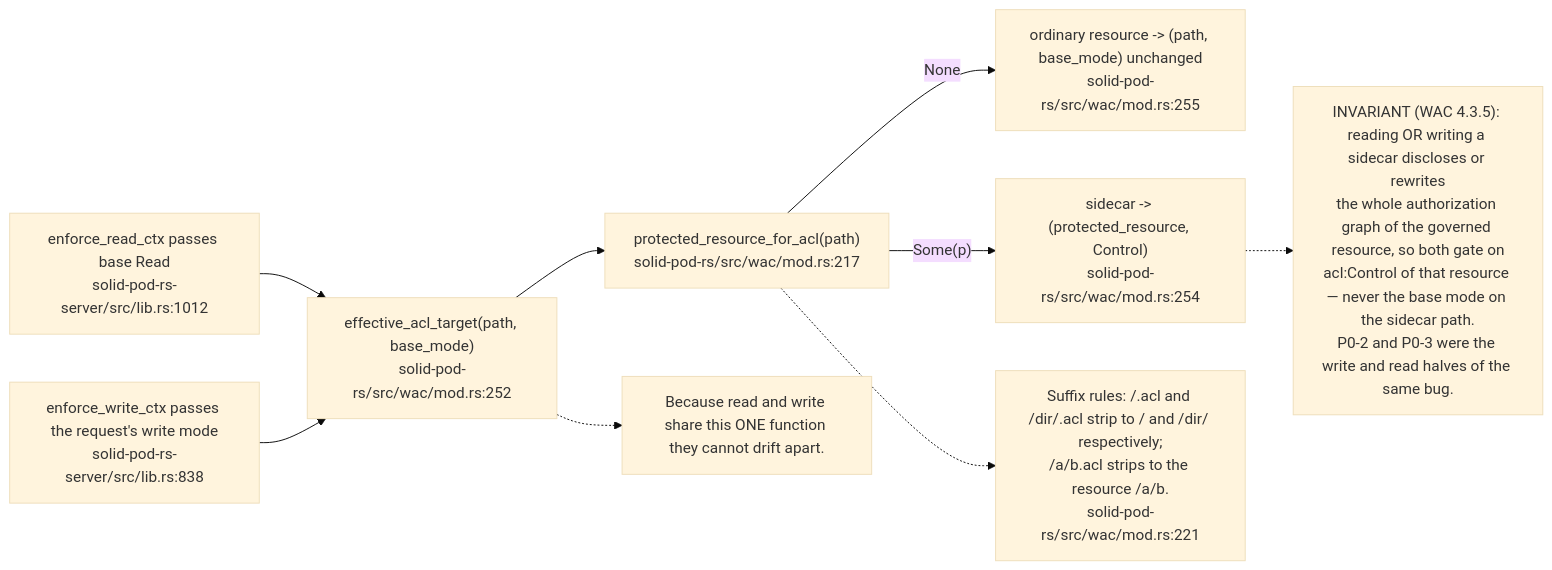
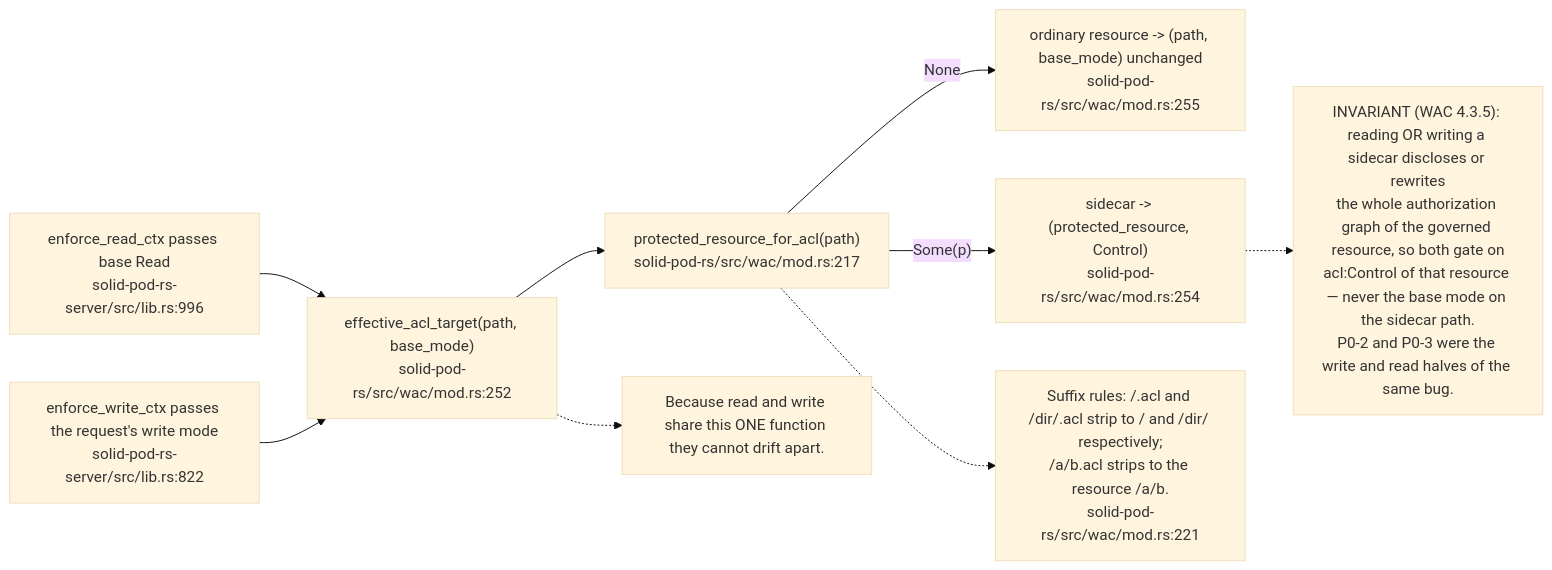
Before and after one commit to DreamLab-AI/VisionFlow: the fifth of 13 diagrams in docs/diagrams/solid-pod-rs/04-wac-authorisation.md, drawn with Mermaid (base theme). The commit also changed other lines of this file and 21 other files, not shown here.

Commit message:
docs(diagrams): refresh first verified estate batch

````diff
--- a/docs/diagrams/solid-pod-rs/04-wac-authorisation.md
+++ b/docs/diagrams/solid-pod-rs/04-wac-authorisation.md
@@ -153,22 +153,22 @@
 ```mermaid
 flowchart LR
     IN["effective_acl_target(path, base_mode)<br/>solid-pod-rs/src/wac/mod.rs:252"]
     PR["protected_resource_for_acl(path)<br/>solid-pod-rs/src/wac/mod.rs:217"]
     ORD["ordinary resource -> (path, base_mode) unchanged<br/>solid-pod-rs/src/wac/mod.rs:255"]
     ELV["sidecar -> (protected_resource, Control)<br/>solid-pod-rs/src/wac/mod.rs:254"]
-    RD["enforce_read_ctx passes base Read<br/>solid-pod-rs-server/src/lib.rs:1012"]
-    WR["enforce_write_ctx passes the request's write mode<br/>solid-pod-rs-server/src/lib.rs:838"]
+    RD["enforce_read_ctx passes base Read<br/>solid-pod-rs-server/src/lib.rs:996"]
+    WR["enforce_write_ctx passes the request's write mode<br/>solid-pod-rs-server/src/lib.rs:822"]
 
     IN --> PR
     PR -- None --> ORD
     PR -- "Some(p)" --> ELV
     RD --> IN
     WR --> IN
 
     N1["Suffix rules: /.acl and /dir/.acl strip to / and /dir/ respectively;<br/>/a/b.acl strips to the resource /a/b.<br/>solid-pod-rs/src/wac/mod.rs:221"]
     PR -.-> N1
     N2["INVARIANT (WAC 4.3.5): reading OR writing a sidecar discloses or rewrites<br/>the whole authorization graph of the governed resource, so both gate on<br/>acl:Control of that resource — never the base mode on the sidecar path.<br/>P0-2 and P0-3 were the write and read halves of the same bug."]
     ELV -.-> N2
     N3["Because read and write share this ONE function they cannot drift apart."]
     IN -.-> N3
 ```
````
